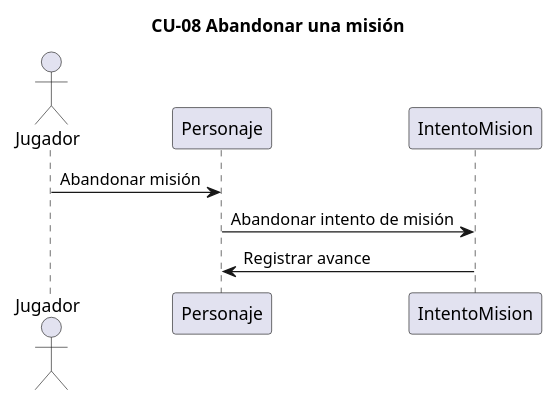
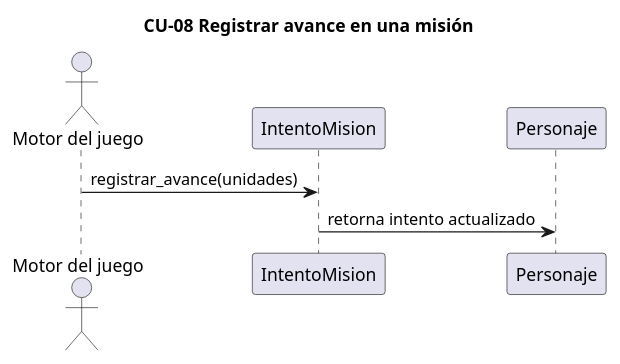
One commit to stephannynayleth01-coder/analisis-final-g4 changed the diagram in salida/diagramas/04_secuencia_CU-08.puml. Above: the diagram before and after it, drawn with PlantUML. The commit also changed 18 other files, not shown here.

```diff
--- a/salida/diagramas/04_secuencia_CU-08.puml
+++ b/salida/diagramas/04_secuencia_CU-08.puml
@@ -1,11 +1,10 @@
 @startuml
 ' Generado por spec2code. Es una PROPUESTA del pipeline: audítala contra la spec.
-title CU-08 Abandonar una misión
-actor "Jugador" as P1
-participant "Personaje" as P2
-participant "IntentoMision" as P3
+title CU-08 Registrar avance en una misión
+actor "Motor del juego" as P1
+participant "IntentoMision" as P2
+participant "Personaje" as P3
 
-P1 -> P2 : Abandonar misión
-P2 -> P3 : Abandonar intento de misión
-P3 -> P2 : Registrar avance
+P1 -> P2 : registrar_avance(unidades)
+P2 -> P3 : retorna intento actualizado
 @enduml
```
